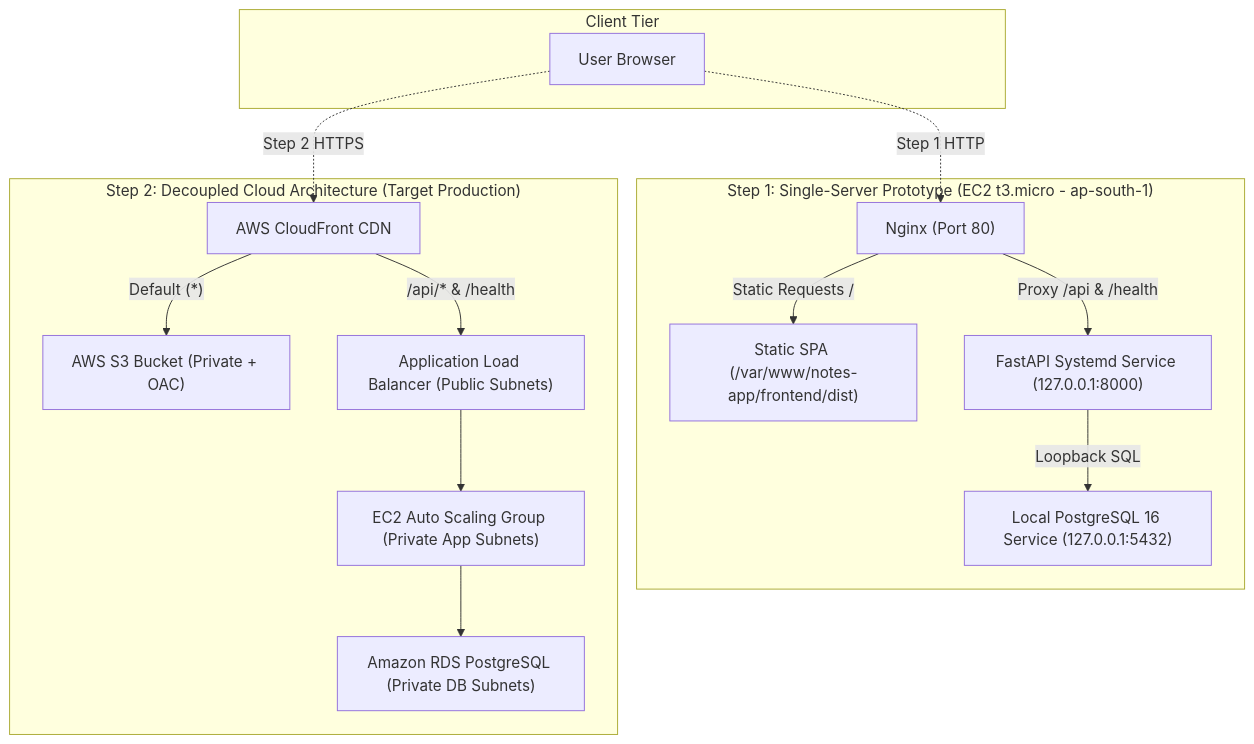
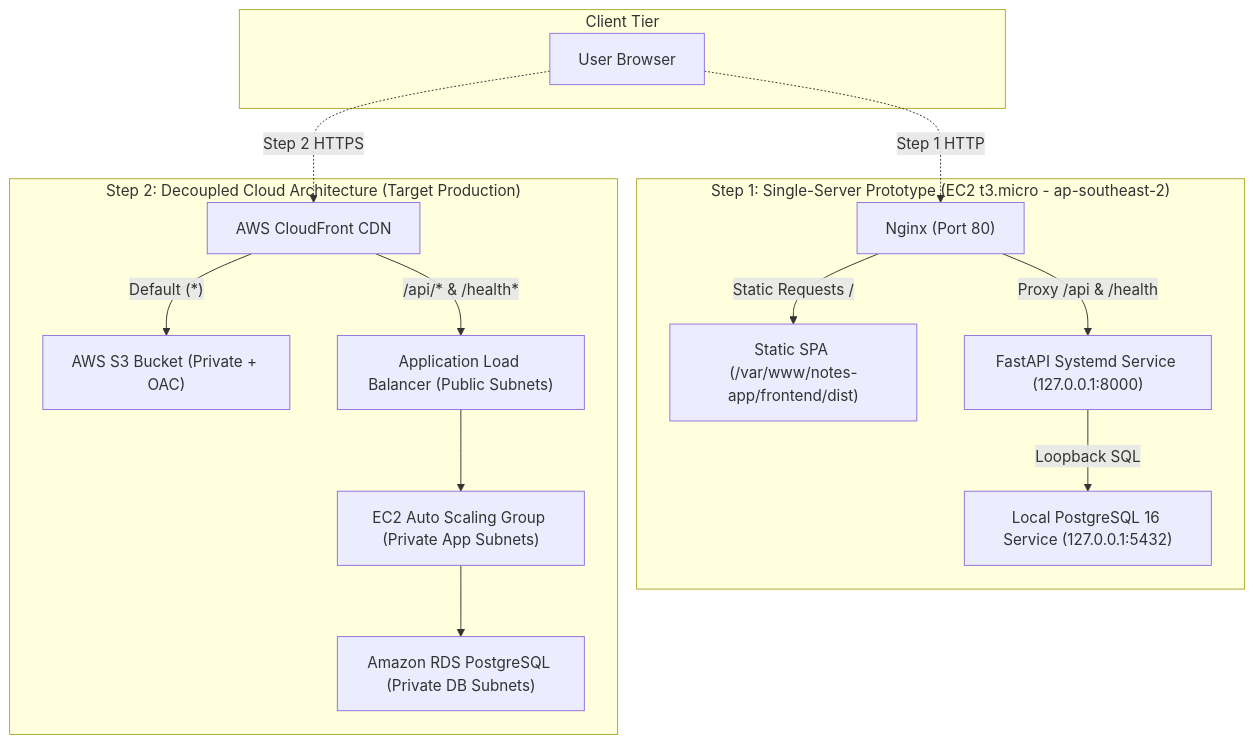
Before and after one commit to Leuizack77/Professional-Level-Cloud-Web-Application: the diagram in BRAIN.md, drawn with Mermaid. The commit also changed other lines of this file and 12 other files, not shown here.

````diff
--- a/BRAIN.md
+++ b/BRAIN.md
@@ -25,33 +25,33 @@
 ```mermaid
 flowchart TD
     subgraph Client ["Client Tier"]
         Browser["User Browser"]
     end
 
-    subgraph Step1 ["Step 1: Single-Server Prototype (EC2 t3.micro - ap-south-1)"]
+    subgraph Step1 ["Step 1: Single-Server Prototype (EC2 t3.micro - ap-southeast-2)"]
         Nginx["Nginx (Port 80)"]
         SPA_Static["Static SPA (/var/www/notes-app/frontend/dist)"]
         FastAPI_S1["FastAPI Systemd Service (127.0.0.1:8000)"]
         Postgres_S1["Local PostgreSQL 16 Service (127.0.0.1:5432)"]
         
         Nginx -->|"Static Requests /"| SPA_Static
         Nginx -->|"Proxy /api & /health"| FastAPI_S1
         FastAPI_S1 -->|"Loopback SQL"| Postgres_S1
     end
 
     subgraph Step2 ["Step 2: Decoupled Cloud Architecture (Target Production)"]
         CF["AWS CloudFront CDN"]
         S3["AWS S3 Bucket (Private + OAC)"]
         ALB["Application Load Balancer (Public Subnets)"]
         ASG["EC2 Auto Scaling Group (Private App Subnets)"]
         RDS["Amazon RDS PostgreSQL (Private DB Subnets)"]
 
         CF -->|"Default (*)"| S3
-        CF -->|"/api/* & /health"| ALB
+        CF -->|"/api/* & /health*"| ALB
         ALB --> ASG
         ASG --> RDS
     end
 
     Browser -.->|"Step 1 HTTP"| Nginx
     Browser -.->|"Step 2 HTTPS"| CF
 ```
````
